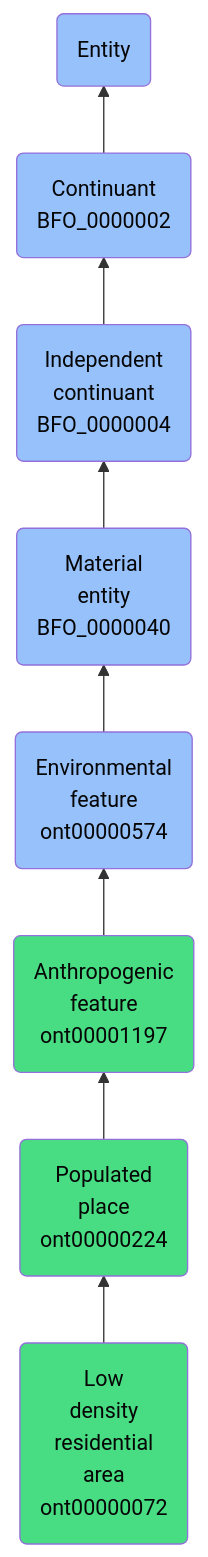
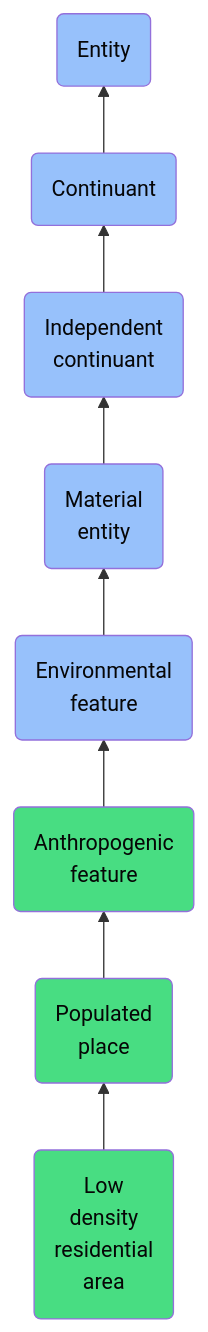
Before and after one commit to jupyter-naas/abi: the diagram in docs/ontology/reference/model/Entity/Continuant/Independent continuant/Material entity/Environmental feature/Anthropogenic feature/Populated place/Low density residential area/Low density residential area.md, drawn with Mermaid. The commit also changed other lines of this file and 1430 other files, not shown here.

````diff
--- a/docs/ontology/reference/model/Entity/Continuant/Independent continuant/Material entity/Environmental feature/Anthropogenic feature/Populated place/Low density residential area/Low density residential area.md
+++ b/docs/ontology/reference/model/Entity/Continuant/Independent continuant/Material entity/Environmental feature/Anthropogenic feature/Populated place/Low density residential area/Low density residential area.md
@@ -24,15 +24,15 @@
 ```mermaid
 graph BT
-    ont00000072(Low<br>density<br>residential<br>area<br>ont00000072):::ABI-->ont00000224
-    ont00000224(Populated<br>place<br>ont00000224):::ABI-->ont00001197
-    ont00001197(Anthropogenic<br>feature<br>ont00001197):::ABI-->ont00000574
-    ont00000574(Environmental<br>feature<br>ont00000574):::BFO-->BFO_0000040
-    BFO_0000040(Material<br>entity<br>BFO_0000040):::BFO-->BFO_0000004
-    BFO_0000004(Independent<br>continuant<br>BFO_0000004):::BFO-->BFO_0000002
-    BFO_0000002(Continuant<br>BFO_0000002):::BFO-->BFO_0000001
+    ont00000072(Low<br>density<br>residential<br>area):::ABI-->ont00000224
+    ont00000224(Populated<br>place):::ABI-->ont00001197
+    ont00001197(Anthropogenic<br>feature):::ABI-->ont00000574
+    ont00000574(Environmental<br>feature):::BFO-->BFO_0000040
+    BFO_0000040(Material<br>entity):::BFO-->BFO_0000004
+    BFO_0000004(Independent<br>continuant):::BFO-->BFO_0000002
+    BFO_0000002(Continuant):::BFO-->BFO_0000001
     BFO_0000001(Entity):::BFO
     
     classDef BFO fill:#97c1fb,color:#060606
     classDef CCO fill:#e4c51e,color:#060606
     classDef ABI fill:#48DD82,color:#060606
 ```
````
